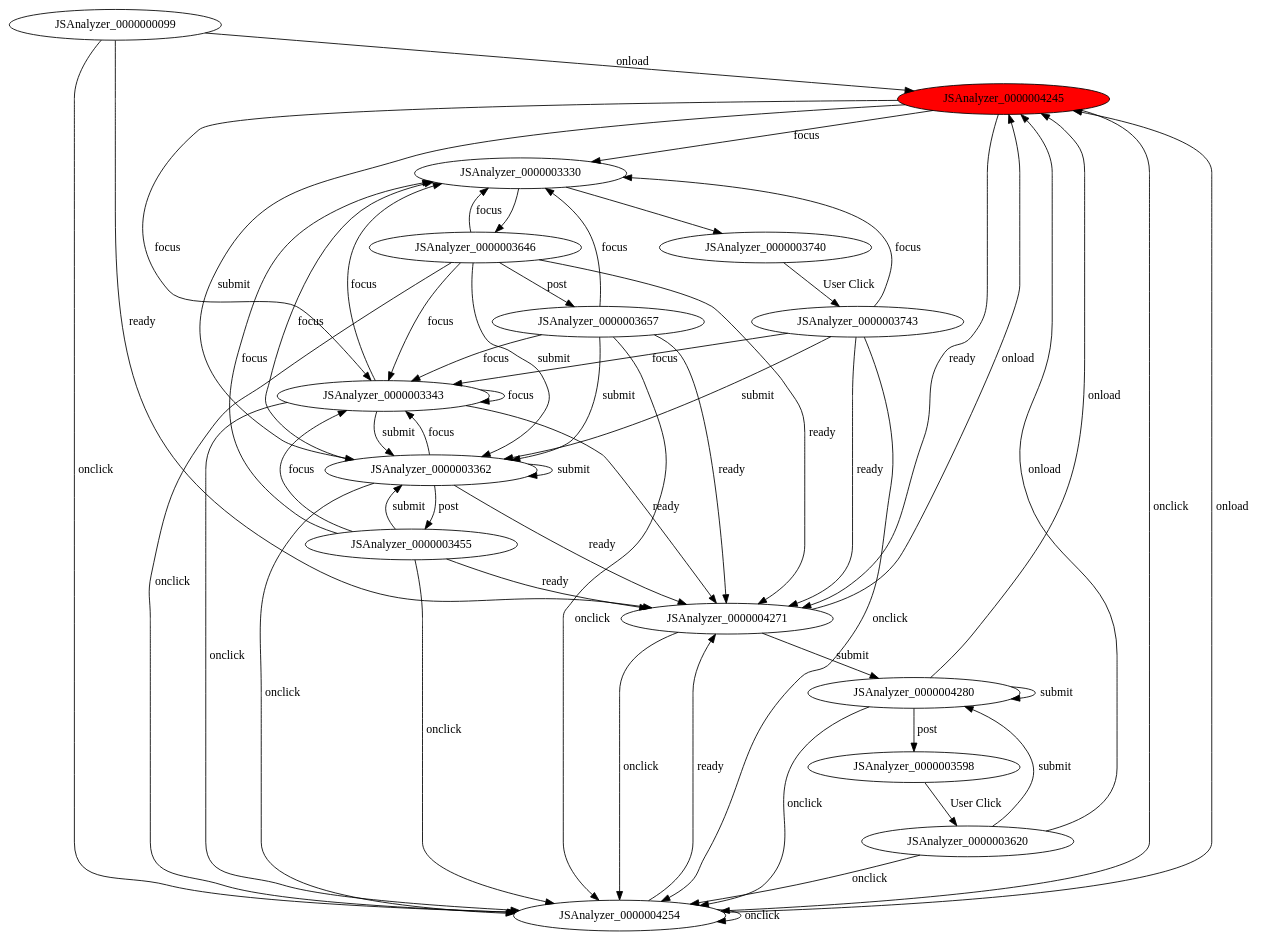
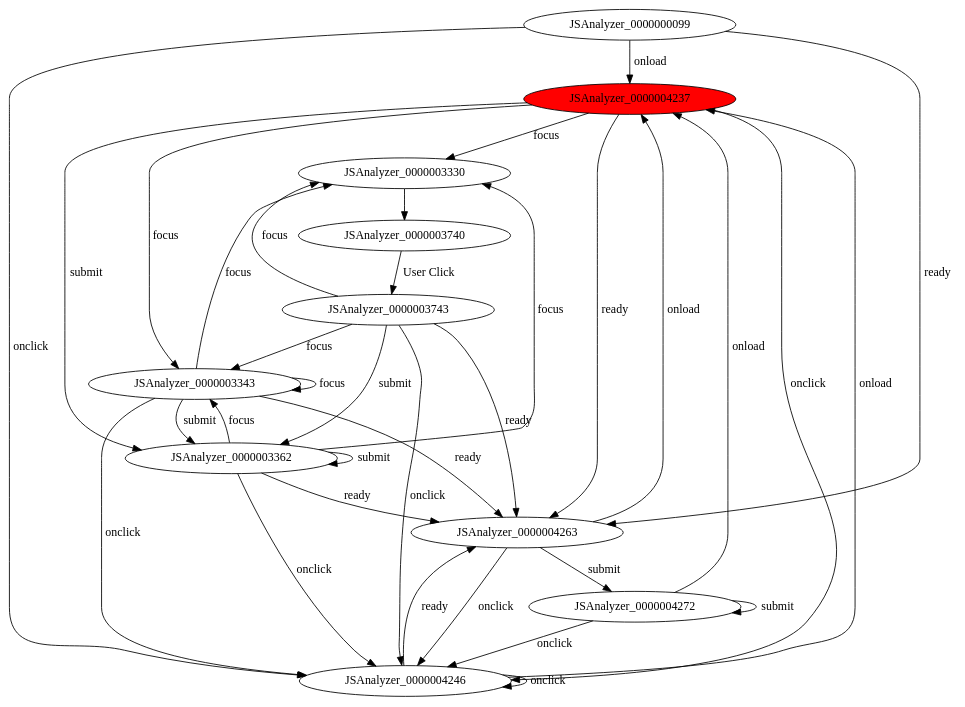
One commit to mzw/JSAnalyzer changed the diagram in projects/project/verify/counterexample/CS2020mError.spec.0.step.2.dot. Above: the diagram before and after it, drawn with Graphviz. The commit also changed 243 other files, not shown here.

```diff
--- a/projects/project/verify/counterexample/CS2020mError.spec.0.step.2.dot
+++ b/projects/project/verify/counterexample/CS2020mError.spec.0.step.2.dot
@@ -1,74 +1,46 @@
 digraph FSM {
 JSAnalyzer_0000000099 [];
 JSAnalyzer_0000003330 [];
 JSAnalyzer_0000003343 [];
 JSAnalyzer_0000003362 [];
-JSAnalyzer_0000003455 [];
-JSAnalyzer_0000003598 [];
-JSAnalyzer_0000003646 [];
-JSAnalyzer_0000003657 [];
 JSAnalyzer_0000003740 [];
-JSAnalyzer_0000004245 [style=filled,fillcolor=red];
-JSAnalyzer_0000004254 [];
-JSAnalyzer_0000004271 [];
-JSAnalyzer_0000004280 [];
-JSAnalyzer_0000003620 [];
+JSAnalyzer_0000004237 [style=filled,fillcolor=red];
+JSAnalyzer_0000004246 [];
+JSAnalyzer_0000004263 [];
+JSAnalyzer_0000004272 [];
 JSAnalyzer_0000003743 [];
-JSAnalyzer_0000003330 -> JSAnalyzer_0000003646 []
 JSAnalyzer_0000003330 -> JSAnalyzer_0000003740 []
-JSAnalyzer_0000000099 -> JSAnalyzer_0000004245 [label="onload"]
-JSAnalyzer_0000000099 -> JSAnalyzer_0000004254 [label="onclick"]
-JSAnalyzer_0000000099 -> JSAnalyzer_0000004271 [label="ready"]
+JSAnalyzer_0000000099 -> JSAnalyzer_0000004237 [label="onload"]
+JSAnalyzer_0000000099 -> JSAnalyzer_0000004246 [label="onclick"]
+JSAnalyzer_0000000099 -> JSAnalyzer_0000004263 [label="ready"]
 JSAnalyzer_0000003343 -> JSAnalyzer_0000003330 [label="focus"]
 JSAnalyzer_0000003343 -> JSAnalyzer_0000003343 [label="focus"]
 JSAnalyzer_0000003343 -> JSAnalyzer_0000003362 [label="submit"]
-JSAnalyzer_0000003343 -> JSAnalyzer_0000004254 [label="onclick"]
-JSAnalyzer_0000003343 -> JSAnalyzer_0000004271 [label="ready"]
-JSAnalyzer_0000003362 -> JSAnalyzer_0000003455 [label="post"]
+JSAnalyzer_0000003343 -> JSAnalyzer_0000004246 [label="onclick"]
+JSAnalyzer_0000003343 -> JSAnalyzer_0000004263 [label="ready"]
 JSAnalyzer_0000003362 -> JSAnalyzer_0000003330 [label="focus"]
 JSAnalyzer_0000003362 -> JSAnalyzer_0000003343 [label="focus"]
 JSAnalyzer_0000003362 -> JSAnalyzer_0000003362 [label="submit"]
-JSAnalyzer_0000003362 -> JSAnalyzer_0000004254 [label="onclick"]
-JSAnalyzer_0000003362 -> JSAnalyzer_0000004271 [label="ready"]
-JSAnalyzer_0000003455 -> JSAnalyzer_0000003330 [label="focus"]
-JSAnalyzer_0000003455 -> JSAnalyzer_0000003343 [label="focus"]
-JSAnalyzer_0000003455 -> JSAnalyzer_0000003362 [label="submit"]
-JSAnalyzer_0000003455 -> JSAnalyzer_0000004254 [label="onclick"]
-JSAnalyzer_0000003455 -> JSAnalyzer_0000004271 [label="ready"]
-JSAnalyzer_0000003598 -> JSAnalyzer_0000003620 [label="User Click"]
-JSAnalyzer_0000003646 -> JSAnalyzer_0000003657 [label="post"]
-JSAnalyzer_0000003646 -> JSAnalyzer_0000003330 [label="focus"]
-JSAnalyzer_0000003646 -> JSAnalyzer_0000003343 [label="focus"]
-JSAnalyzer_0000003646 -> JSAnalyzer_0000003362 [label="submit"]
-JSAnalyzer_0000003646 -> JSAnalyzer_0000004254 [label="onclick"]
-JSAnalyzer_0000003646 -> JSAnalyzer_0000004271 [label="ready"]
-JSAnalyzer_0000003657 -> JSAnalyzer_0000003330 [label="focus"]
-JSAnalyzer_0000003657 -> JSAnalyzer_0000003343 [label="focus"]
-JSAnalyzer_0000003657 -> JSAnalyzer_0000003362 [label="submit"]
-JSAnalyzer_0000003657 -> JSAnalyzer_0000004254 [label="onclick"]
-JSAnalyzer_0000003657 -> JSAnalyzer_0000004271 [label="ready"]
+JSAnalyzer_0000003362 -> JSAnalyzer_0000004246 [label="onclick"]
+JSAnalyzer_0000003362 -> JSAnalyzer_0000004263 [label="ready"]
 JSAnalyzer_0000003740 -> JSAnalyzer_0000003743 [label="User Click"]
-JSAnalyzer_0000004245 -> JSAnalyzer_0000003330 [label="focus"]
-JSAnalyzer_0000004245 -> JSAnalyzer_0000003343 [label="focus"]
-JSAnalyzer_0000004245 -> JSAnalyzer_0000003362 [label="submit"]
-JSAnalyzer_0000004245 -> JSAnalyzer_0000004254 [label="onclick"]
-JSAnalyzer_0000004245 -> JSAnalyzer_0000004271 [label="ready"]
-JSAnalyzer_0000004254 -> JSAnalyzer_0000004245 [label="onload"]
-JSAnalyzer_0000004254 -> JSAnalyzer_0000004254 [label="onclick"]
-JSAnalyzer_0000004254 -> JSAnalyzer_0000004271 [label="ready"]
-JSAnalyzer_0000004271 -> JSAnalyzer_0000004280 [label="submit"]
-JSAnalyzer_0000004271 -> JSAnalyzer_0000004245 [label="onload"]
-JSAnalyzer_0000004271 -> JSAnalyzer_0000004254 [label="onclick"]
-JSAnalyzer_0000004280 -> JSAnalyzer_0000003598 [label="post"]
-JSAnalyzer_0000004280 -> JSAnalyzer_0000004280 [label="submit"]
-JSAnalyzer_0000004280 -> JSAnalyzer_0000004245 [label="onload"]
-JSAnalyzer_0000004280 -> JSAnalyzer_0000004254 [label="onclick"]
-JSAnalyzer_0000003620 -> JSAnalyzer_0000004280 [label="submit"]
-JSAnalyzer_0000003620 -> JSAnalyzer_0000004245 [label="onload"]
-JSAnalyzer_0000003620 -> JSAnalyzer_0000004254 [label="onclick"]
+JSAnalyzer_0000004237 -> JSAnalyzer_0000003330 [label="focus"]
+JSAnalyzer_0000004237 -> JSAnalyzer_0000003343 [label="focus"]
+JSAnalyzer_0000004237 -> JSAnalyzer_0000003362 [label="submit"]
+JSAnalyzer_0000004237 -> JSAnalyzer_0000004246 [label="onclick"]
+JSAnalyzer_0000004237 -> JSAnalyzer_0000004263 [label="ready"]
+JSAnalyzer_0000004246 -> JSAnalyzer_0000004237 [label="onload"]
+JSAnalyzer_0000004246 -> JSAnalyzer_0000004246 [label="onclick"]
+JSAnalyzer_0000004246 -> JSAnalyzer_0000004263 [label="ready"]
+JSAnalyzer_0000004263 -> JSAnalyzer_0000004272 [label="submit"]
+JSAnalyzer_0000004263 -> JSAnalyzer_0000004237 [label="onload"]
+JSAnalyzer_0000004263 -> JSAnalyzer_0000004246 [label="onclick"]
+JSAnalyzer_0000004272 -> JSAnalyzer_0000004272 [label="submit"]
+JSAnalyzer_0000004272 -> JSAnalyzer_0000004237 [label="onload"]
+JSAnalyzer_0000004272 -> JSAnalyzer_0000004246 [label="onclick"]
 JSAnalyzer_0000003743 -> JSAnalyzer_0000003330 [label="focus"]
 JSAnalyzer_0000003743 -> JSAnalyzer_0000003343 [label="focus"]
 JSAnalyzer_0000003743 -> JSAnalyzer_0000003362 [label="submit"]
-JSAnalyzer_0000003743 -> JSAnalyzer_0000004254 [label="onclick"]
-JSAnalyzer_0000003743 -> JSAnalyzer_0000004271 [label="ready"]
+JSAnalyzer_0000003743 -> JSAnalyzer_0000004246 [label="onclick"]
+JSAnalyzer_0000003743 -> JSAnalyzer_0000004263 [label="ready"]
 }
```
